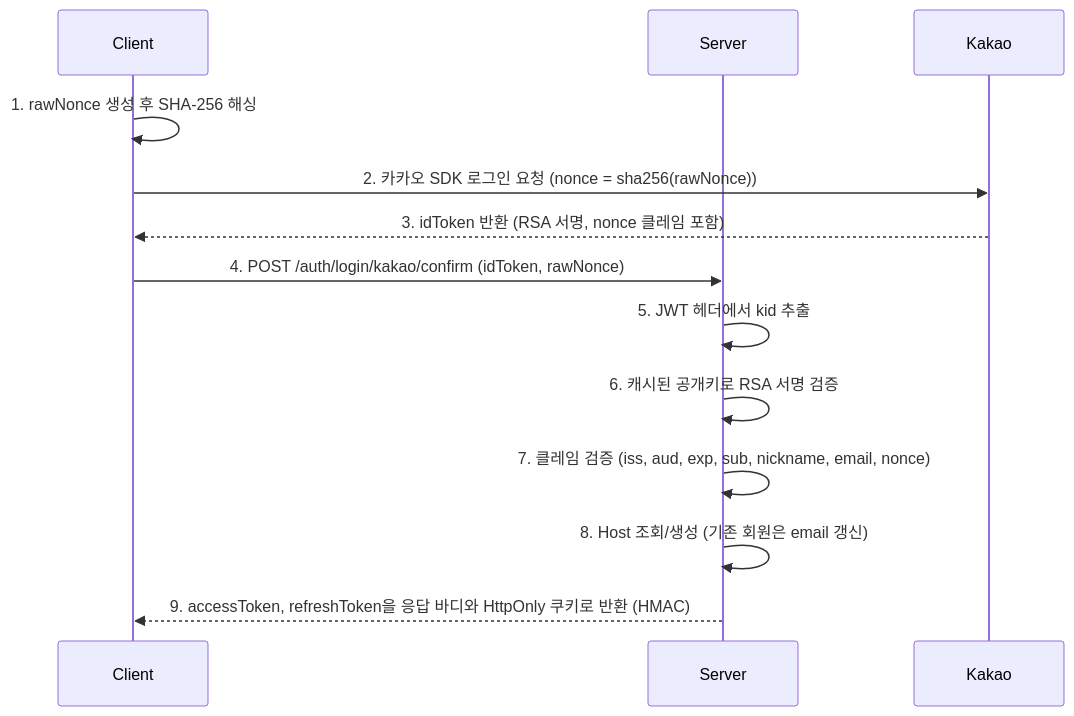
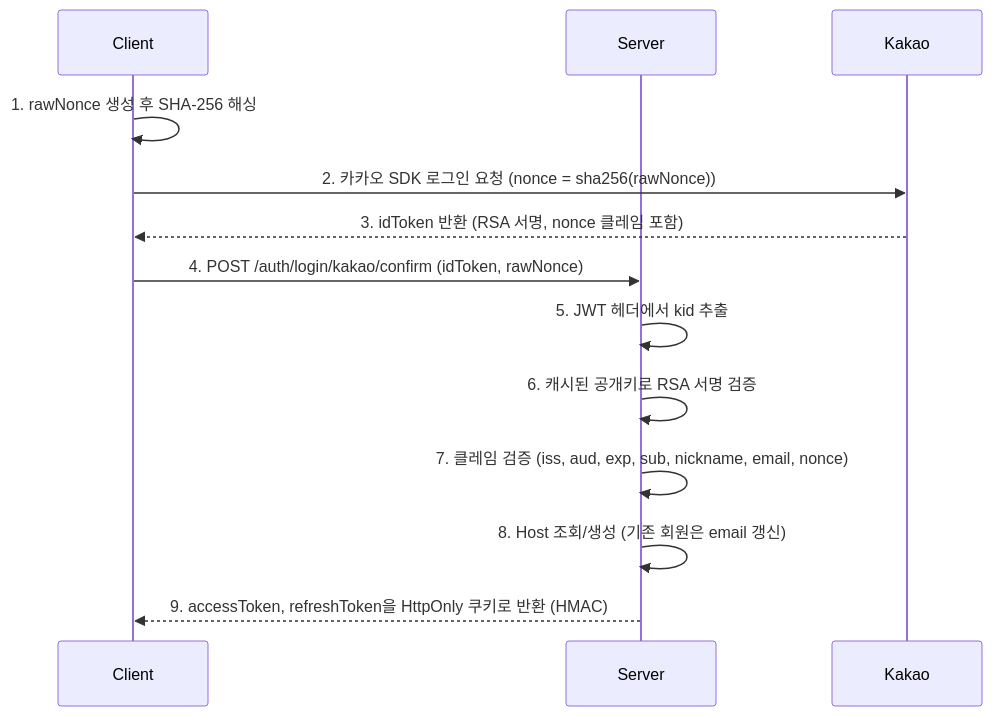
One commit to forgather-app/forgather-backend changed the first of 4 diagrams in .claude/docs/architecture.md. Above: the diagram before and after it, drawn with Mermaid. The commit also changed other lines of this file and 36 other files, not shown here.

First line of the commit message:
refactor: 인증 토큰을 HttpOnly 쿠키로만 발급하고 수신하도록 변경 (#184)

````diff
--- a/.claude/docs/architecture.md
+++ b/.claude/docs/architecture.md
@@ -80,16 +80,16 @@
 ```mermaid
 sequenceDiagram
     participant Client
     participant Server
     participant Kakao
 
     Client->>Client: 1. rawNonce 생성 후 SHA-256 해싱
     Client->>Kakao: 2. 카카오 SDK 로그인 요청 (nonce = sha256(rawNonce))
     Kakao-->>Client: 3. idToken 반환 (RSA 서명, nonce 클레임 포함)
     Client->>Server: 4. POST /auth/login/kakao/confirm (idToken, rawNonce)
     Server->>Server: 5. JWT 헤더에서 kid 추출
     Server->>Server: 6. 캐시된 공개키로 RSA 서명 검증
     Server->>Server: 7. 클레임 검증 (iss, aud, exp, sub, nickname, email, nonce)
     Server->>Server: 8. Host 조회/생성 (기존 회원은 email 갱신)
-    Server-->>Client: 9. accessToken, refreshToken을 응답 바디와 HttpOnly 쿠키로 반환 (HMAC)
+    Server-->>Client: 9. accessToken, refreshToken을 HttpOnly 쿠키로 반환 (HMAC)
 ```
````
